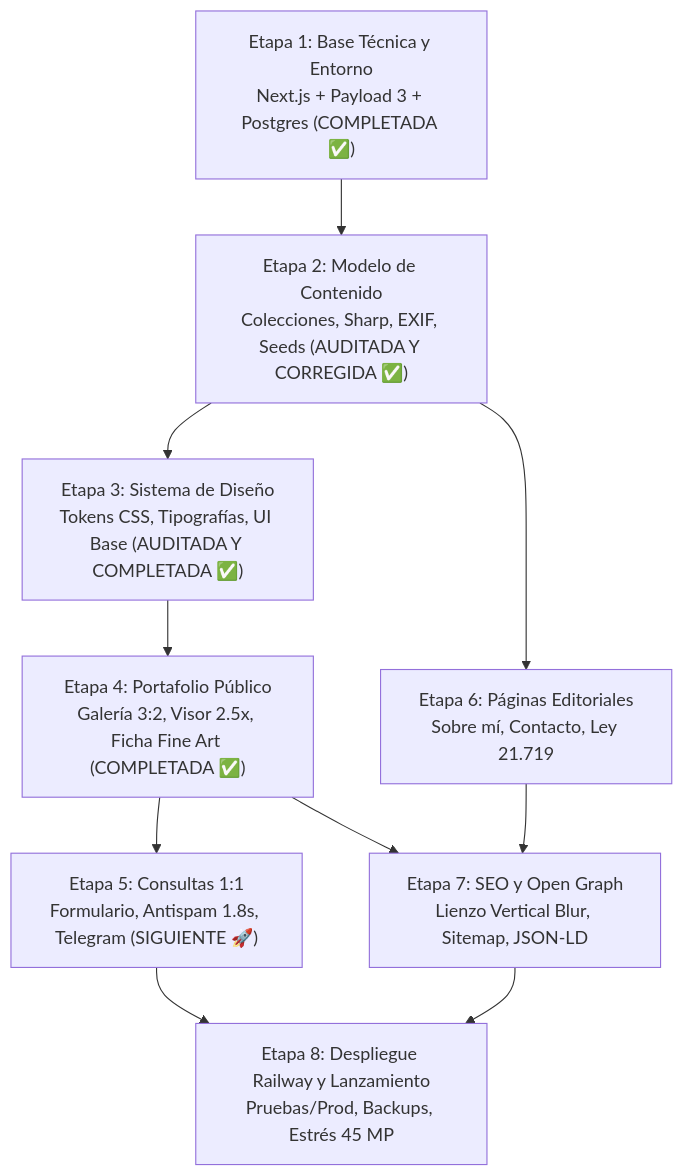
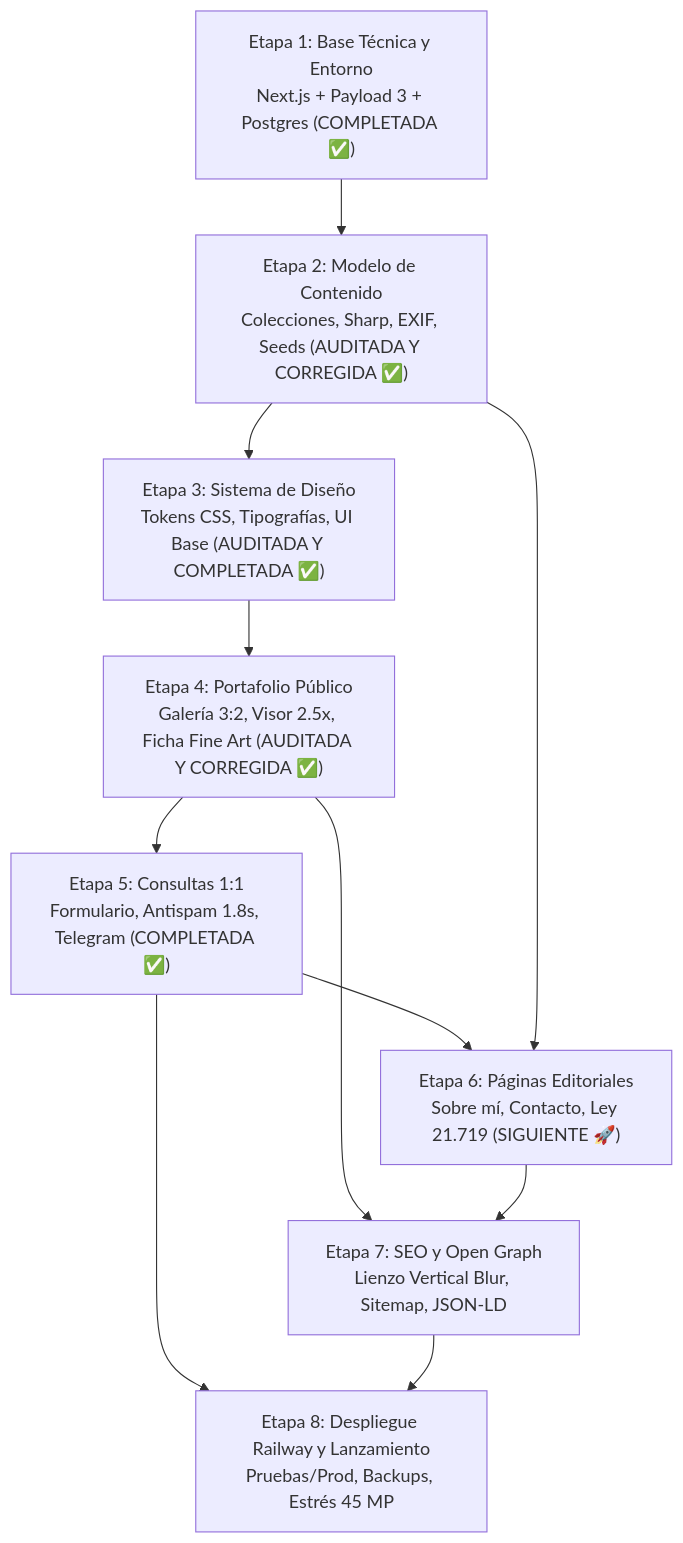
The diagram in DocumentosTecnicos/_PLAN_IMPLEMENTACION.md (RodDiazT/Web_RodDiaz), drawn with Mermaid before and after one commit. The commit also changed other lines of this file and 42 other files, not shown here.

First line of the commit message:
feat: audita y corrige Etapa 4 y completa desarrollo de Etapa 5 (consultas 1:1)

````diff
--- a/DocumentosTecnicos/_PLAN_IMPLEMENTACION.md
+++ b/DocumentosTecnicos/_PLAN_IMPLEMENTACION.md
@@ -32,12 +32,13 @@
 ```mermaid
 flowchart TD
     E1["Etapa 1: Base Técnica y Entorno\nNext.js + Payload 3 + Postgres (COMPLETADA ✅)"] --> E2["Etapa 2: Modelo de Contenido\nColecciones, Sharp, EXIF, Seeds (AUDITADA Y CORREGIDA ✅)"]
     E2 --> E3["Etapa 3: Sistema de Diseño\nTokens CSS, Tipografías, UI Base (AUDITADA Y COMPLETADA ✅)"]
-    E3 --> E4["Etapa 4: Portafolio Público\nGalería 3:2, Visor 2.5x, Ficha Fine Art (COMPLETADA ✅)"]
-    E4 --> E5["Etapa 5: Consultas 1:1\nFormulario, Antispam 1.8s, Telegram (SIGUIENTE 🚀)"]
-    E2 --> E6["Etapa 6: Páginas Editoriales\nSobre mí, Contacto, Ley 21.719"]
+    E3 --> E4["Etapa 4: Portafolio Público\nGalería 3:2, Visor 2.5x, Ficha Fine Art (AUDITADA Y CORREGIDA ✅)"]
+    E4 --> E5["Etapa 5: Consultas 1:1\nFormulario, Antispam 1.8s, Telegram (COMPLETADA ✅)"]
+    E5 --> E6["Etapa 6: Páginas Editoriales\nSobre mí, Contacto, Ley 21.719 (SIGUIENTE 🚀)"]
+    E2 --> E6
     E4 --> E7["Etapa 7: SEO y Open Graph\nLienzo Vertical Blur, Sitemap, JSON-LD"]
     E6 --> E7
     E5 --> E8["Etapa 8: Despliegue Railway y Lanzamiento\nPruebas/Prod, Backups, Estrés 45 MP"]
     E7 --> E8
 ```
````
